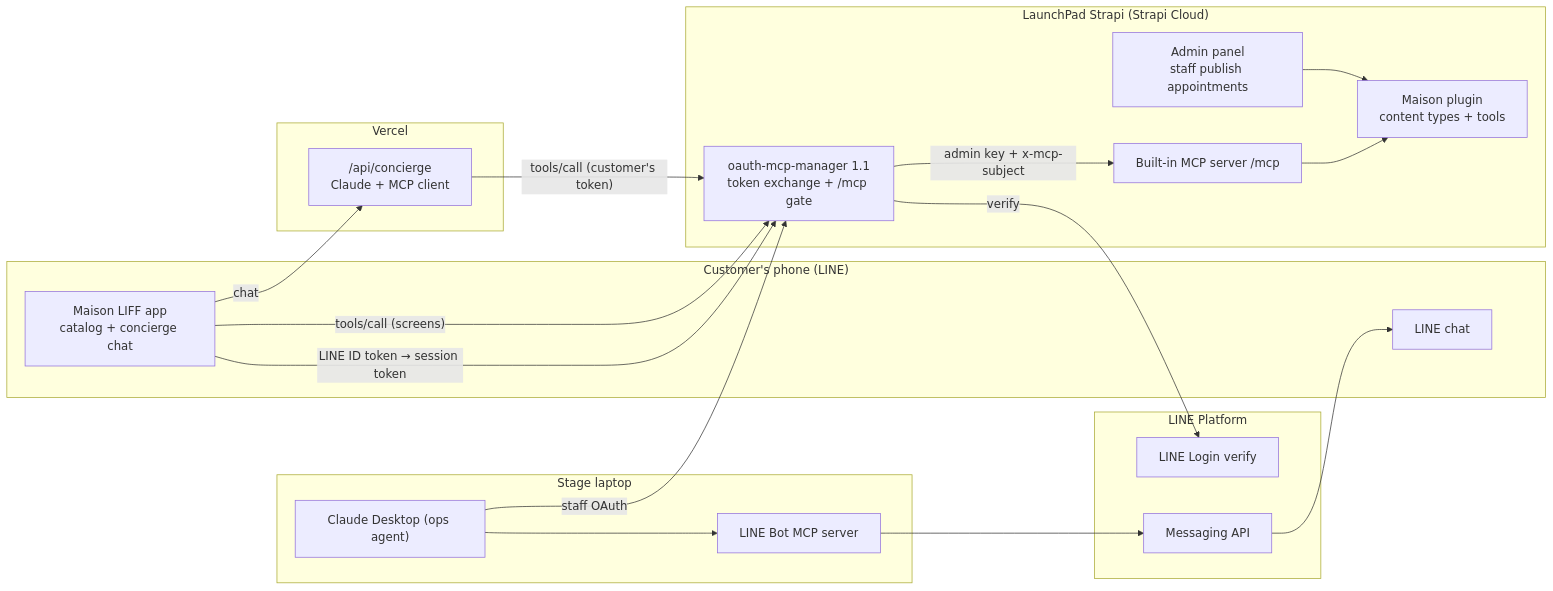
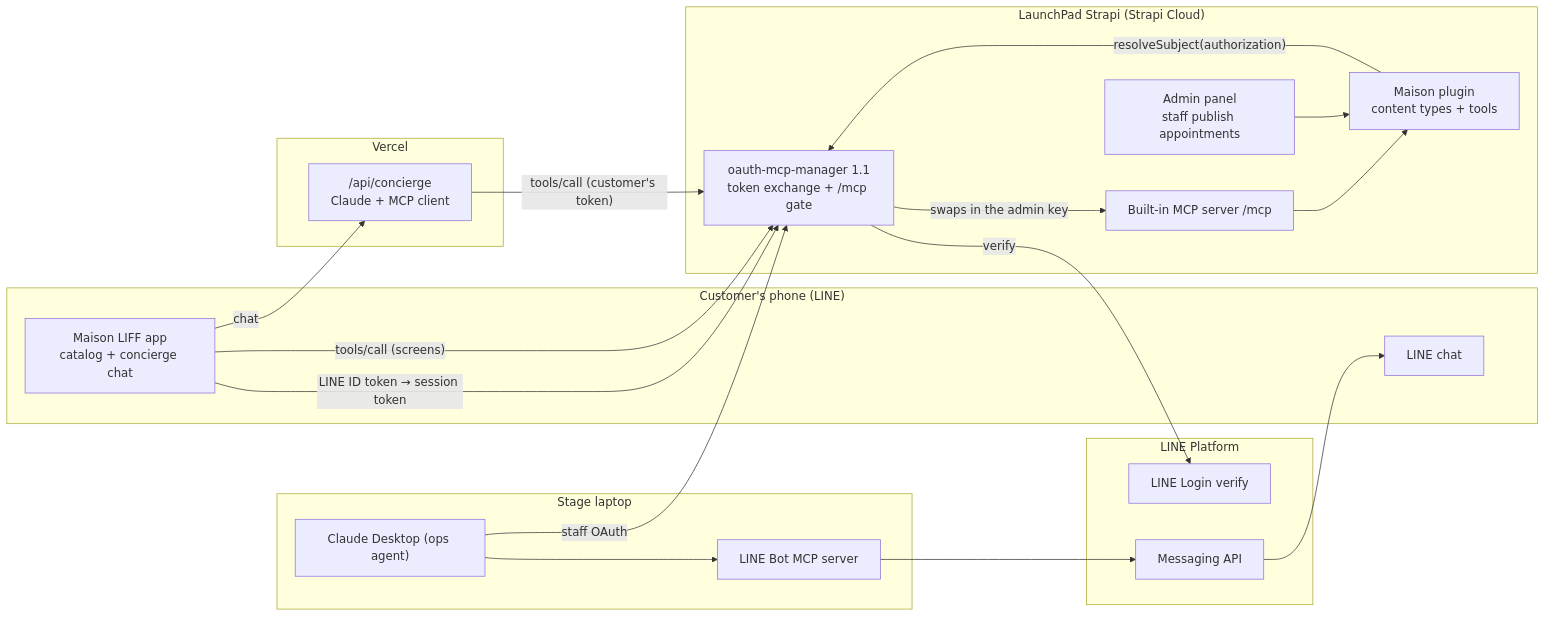
Before and after one commit to PaulBratslavsky/strapi-store-demo-mcp: the diagram in docs/superpowers/specs/2026-09-29-ax-luxury-demo-overview.md, drawn with Mermaid. The commit also changed other lines of this file and 3 other files, not shown here.

````diff
--- a/docs/superpowers/specs/2026-09-29-ax-luxury-demo-overview.md
+++ b/docs/superpowers/specs/2026-09-29-ax-luxury-demo-overview.md
@@ -53,36 +56,37 @@
 ```mermaid
 flowchart LR
   subgraph Phone["Customer's phone (LINE)"]
     APP["Maison LIFF app<br/>catalog + concierge chat"]
     CHAT["LINE chat"]
   end
   subgraph Vercel["Vercel"]
     CON["/api/concierge<br/>Claude + MCP client"]
   end
   subgraph Strapi["LaunchPad Strapi (Strapi Cloud)"]
     OAUTH["oauth-mcp-manager 1.1<br/>token exchange + /mcp gate"]
     MCP["Built-in MCP server /mcp"]
     MAISON["Maison plugin<br/>content types + tools"]
     ADMIN["Admin panel<br/>staff publish appointments"]
   end
   subgraph LINE["LINE Platform"]
     VERIFY["LINE Login verify"]
     MSG["Messaging API"]
   end
   subgraph Stage["Stage laptop"]
     OPS["Claude Desktop (ops agent)"]
     LBM["LINE Bot MCP server"]
   end
   APP -- "LINE ID token → session token" --> OAUTH
   OAUTH -- verify --> VERIFY
   APP -- "tools/call (screens)" --> OAUTH
   APP -- chat --> CON
   CON -- "tools/call (customer's token)" --> OAUTH
-  OAUTH -- "admin key + x-mcp-subject" --> MCP
+  OAUTH -- "swaps in the admin key" --> MCP
+  MAISON -- "resolveSubject(authorization)" --> OAUTH
   MCP --> MAISON
   ADMIN --> MAISON
   OPS -- "staff OAuth" --> OAUTH
   OPS --> LBM
   LBM --> MSG
   MSG --> CHAT
 ```
````
